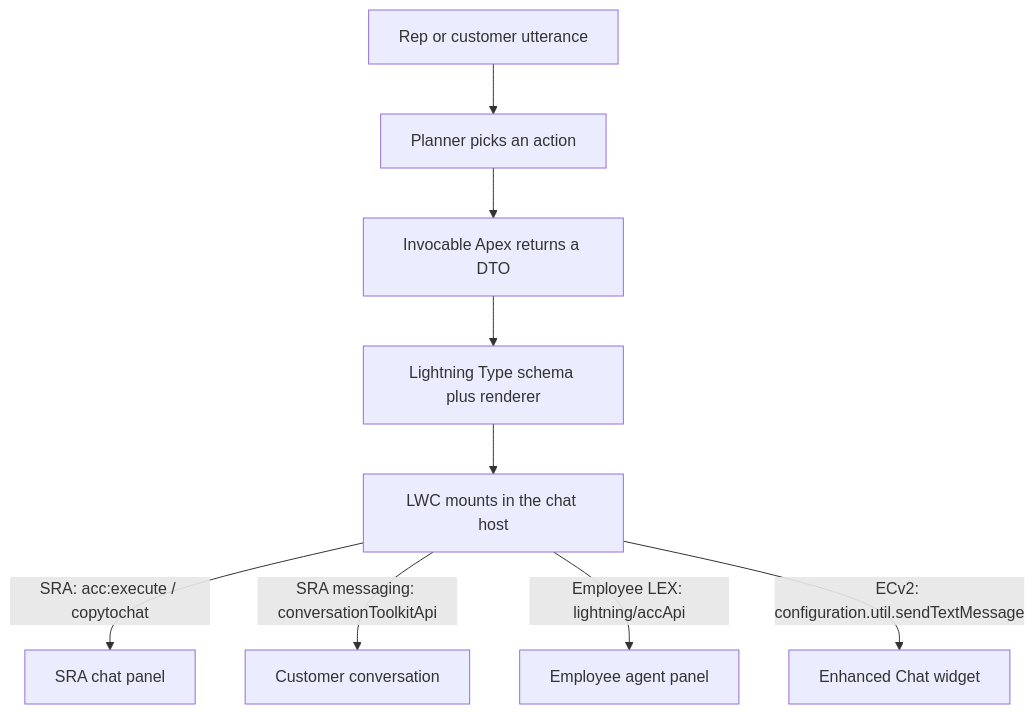
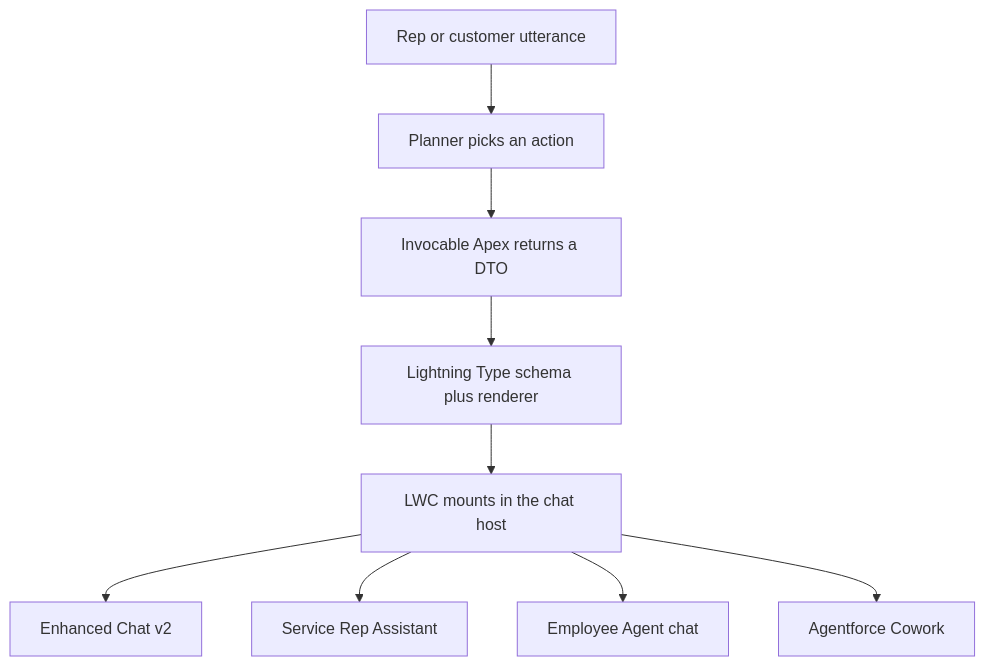
Before and after one commit to sfdc-brendan/Unofficial-Skills: the diagram in custom-lightning-types/docs/HOW-IT-WORKS.md, drawn with Mermaid. The commit also changed other lines of this file and 2 other files, not shown here.

First line of the commit message:
Document that CLT cards render on all four Agentforce chat surfaces.

````diff
--- a/custom-lightning-types/docs/HOW-IT-WORKS.md
+++ b/custom-lightning-types/docs/HOW-IT-WORKS.md
@@ -13,11 +26,11 @@
 ```mermaid
 flowchart TD
   utterance[Rep or customer utterance] --> planner[Planner picks an action]
   planner --> apex[Invocable Apex returns a DTO]
   apex --> lt[Lightning Type schema plus renderer]
   lt --> lwc[LWC mounts in the chat host]
-  lwc -->|"SRA: acc:execute / copytochat"| panel[SRA chat panel]
-  lwc -->|"SRA messaging: conversationToolkitApi"| customer[Customer conversation]
-  lwc -->|"Employee LEX: lightning/accApi"| emp[Employee agent panel]
-  lwc -->|"ECv2: configuration.util.sendTextMessage"| widget[Enhanced Chat widget]
+  lwc --> ecv2[Enhanced Chat v2]
+  lwc --> sra[Service Rep Assistant]
+  lwc --> emp[Employee Agent chat]
+  lwc --> cowork[Agentforce Cowork]
 ```
````
